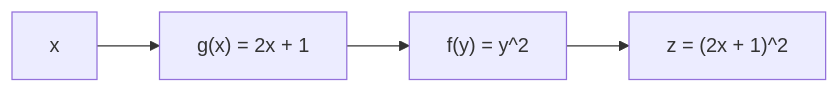
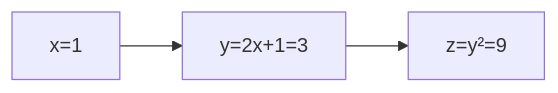
Before and after one commit to devchan64/AiBook: the diagram in docs/assets/part-02/chapter-04/chain-rule-composition-flow-en.mmd, drawn with Mermaid. The commit also changed 10 other files, not shown here.

```diff
--- a/docs/assets/part-02/chapter-04/chain-rule-composition-flow-en.mmd
+++ b/docs/assets/part-02/chapter-04/chain-rule-composition-flow-en.mmd
@@ -1,7 +1,5 @@
 flowchart LR
-    x["x"]
-    g["g(x) = 2x + 1"]
-    f["f(y) = y^2"]
-    z["z = (2x + 1)^2"]
-
-    x --> g --> f --> z
+  X["x=1"]
+  Y["y=2x+1=3"]
+  Z["z=y²=9"]
+  X --> Y --> Z
```
